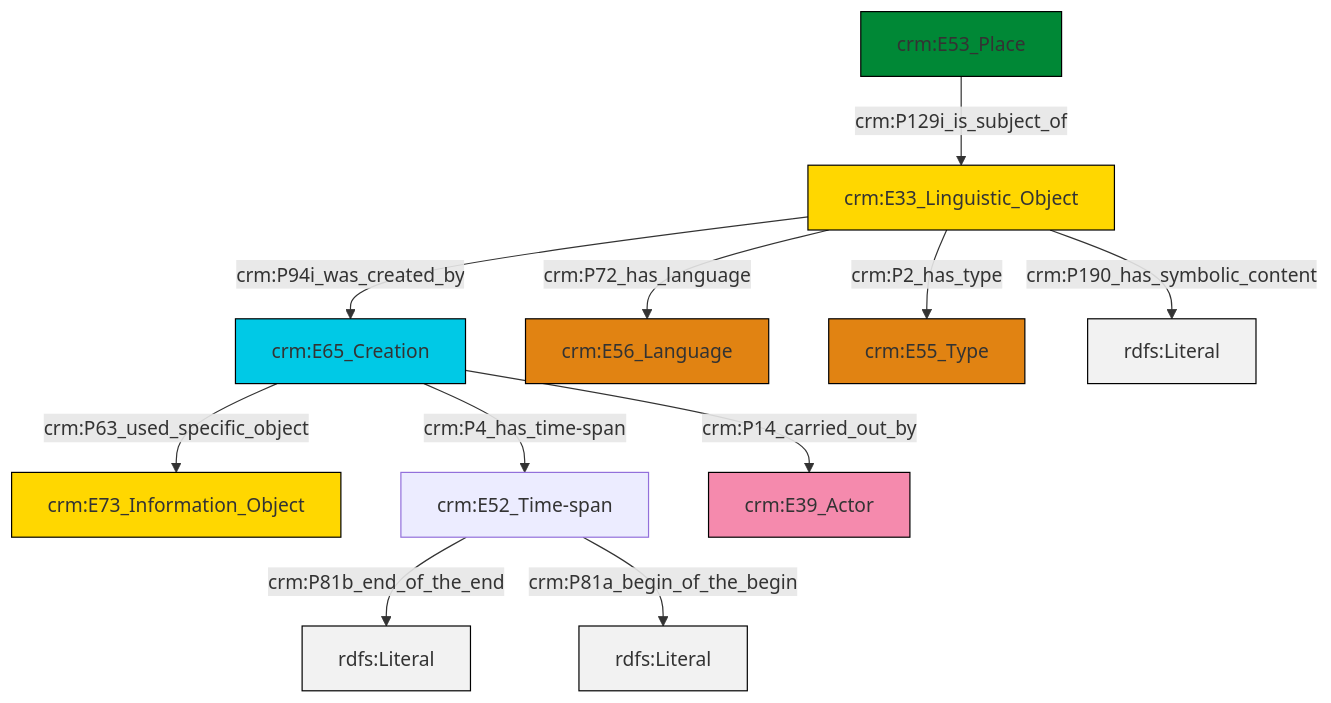
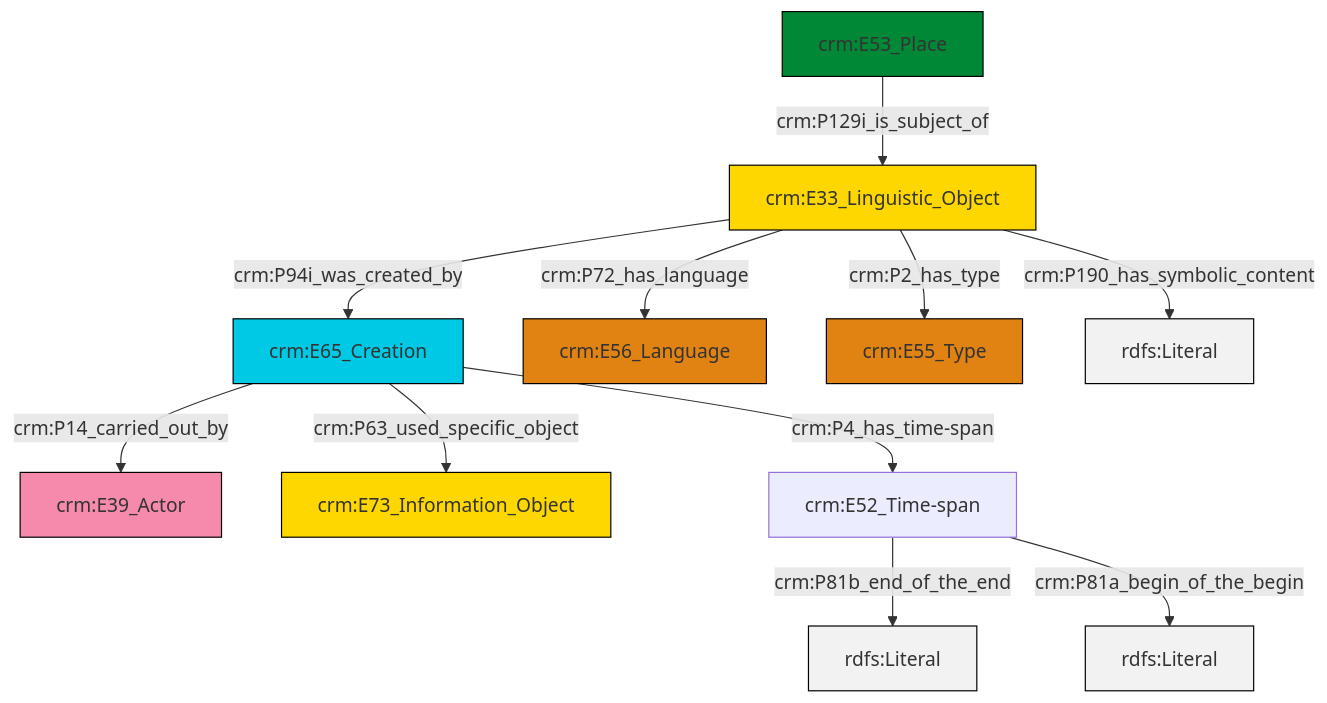
The diagram in et/placeCSV/ttl/mmd/place_description.ttl.mmd (swiss-art-research-net/reference-data-models), drawn with Mermaid before and after one commit. The commit also changed 130 other files, not shown here.

```diff
--- a/et/placeCSV/ttl/mmd/place_description.ttl.mmd
+++ b/et/placeCSV/ttl/mmd/place_description.ttl.mmd
@@ -1,25 +1,25 @@
 graph TD
 classDef Literal fill:#f2f2f2,stroke:#000000;
 classDef CRM_Entity fill:#FFFFFF,stroke:#000000;
 classDef Temporal_Entity fill:#00C9E6, stroke:#000000;
 classDef Type fill:#E18312, stroke:#000000;
 classDef Time-Span fill:#2C9C91, stroke:#000000;
 classDef Appellation fill:#FFEB7F, stroke:#000000;
 classDef Place fill:#008836, stroke:#000000;
 classDef Persistent_Item fill:#B266B2, stroke:#000000;
 classDef Conceptual_Object fill:#FFD700, stroke:#000000;
 classDef Physical_Thing fill:#D2B48C, stroke:#000000;
 classDef Actor fill:#f58aad, stroke:#000000;
 classDef PC_Classes fill:#4ce600, stroke:#000000;
 classDef Multi fill:#cccccc,stroke:#000000;
 
-2["crm:E65_Creation"]:::Temporal_Entity -->|crm:P63_used_specific_object| 0["crm:E73_Information_Object"]:::Conceptual_Object
-3["crm:E33_Linguistic_Object"]:::Conceptual_Object -->|crm:P94i_was_created_by| 2["crm:E65_Creation"]:::Temporal_Entity
-4["crm:E52_Time-span"]:::Default -->|crm:P81b_end_of_the_end| 8[rdfs:Literal]:::Literal
-3["crm:E33_Linguistic_Object"]:::Conceptual_Object -->|crm:P72_has_language| 10["crm:E56_Language"]:::Type
-3["crm:E33_Linguistic_Object"]:::Conceptual_Object -->|crm:P2_has_type| 12["crm:E55_Type"]:::Type
-2["crm:E65_Creation"]:::Temporal_Entity -->|crm:P14_carried_out_by| 14["crm:E39_Actor"]:::Actor
-3["crm:E33_Linguistic_Object"]:::Conceptual_Object -->|crm:P190_has_symbolic_content| 16[rdfs:Literal]:::Literal
-4["crm:E52_Time-span"]:::Default -->|crm:P81a_begin_of_the_begin| 17[rdfs:Literal]:::Literal
-6["crm:E53_Place"]:::Place -->|crm:P129i_is_subject_of| 3["crm:E33_Linguistic_Object"]:::Conceptual_Object
-2["crm:E65_Creation"]:::Temporal_Entity -->|crm:P4_has_time-span| 4["crm:E52_Time-span"]:::Default
+0["crm:E65_Creation"]:::Temporal_Entity -->|crm:P14_carried_out_by| 1["crm:E39_Actor"]:::Actor
+0["crm:E65_Creation"]:::Temporal_Entity -->|crm:P63_used_specific_object| 7["crm:E73_Information_Object"]:::Conceptual_Object
+2["crm:E33_Linguistic_Object"]:::Conceptual_Object -->|crm:P72_has_language| 4["crm:E56_Language"]:::Type
+8["crm:E53_Place"]:::Place -->|crm:P129i_is_subject_of| 2["crm:E33_Linguistic_Object"]:::Conceptual_Object
+9["crm:E52_Time-span"]:::Default -->|crm:P81b_end_of_the_end| 10[rdfs:Literal]:::Literal
+9["crm:E52_Time-span"]:::Default -->|crm:P81a_begin_of_the_begin| 14[rdfs:Literal]:::Literal
+2["crm:E33_Linguistic_Object"]:::Conceptual_Object -->|crm:P94i_was_created_by| 0["crm:E65_Creation"]:::Temporal_Entity
+0["crm:E65_Creation"]:::Temporal_Entity -->|crm:P4_has_time-span| 9["crm:E52_Time-span"]:::Default
+2["crm:E33_Linguistic_Object"]:::Conceptual_Object -->|crm:P190_has_symbolic_content| 18[rdfs:Literal]:::Literal
+2["crm:E33_Linguistic_Object"]:::Conceptual_Object -->|crm:P2_has_type| 15["crm:E55_Type"]:::Type
```
